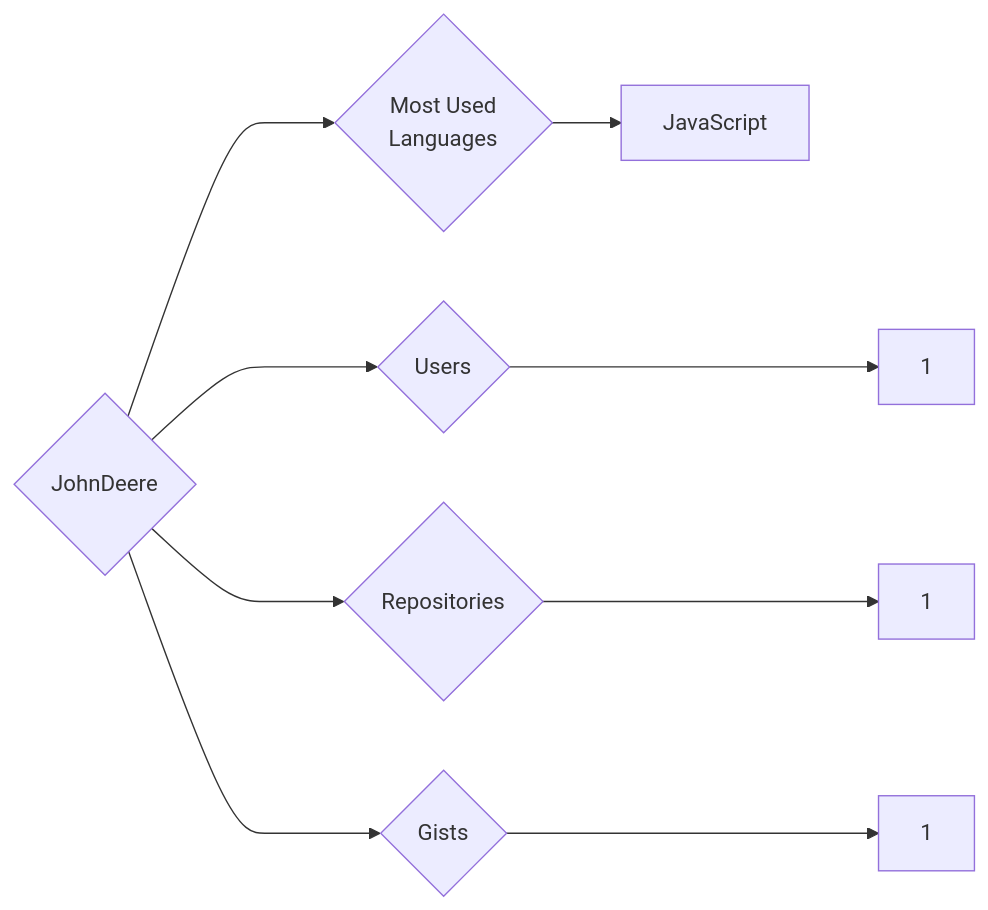
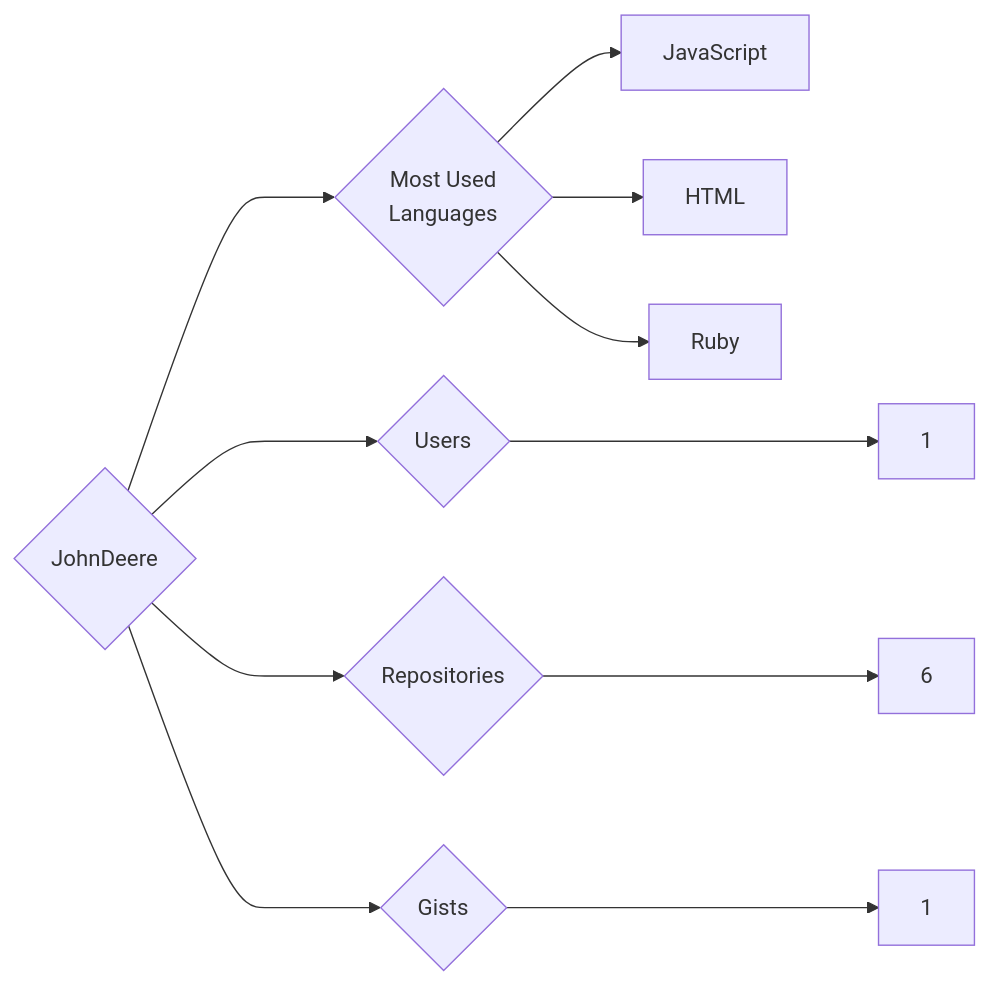
The diagram in targets/JohnDeere/README.md (trickest/insiders), drawn with Mermaid before and after one commit. The commit also changed 823 other files, not shown here.

````diff
--- a/targets/JohnDeere/README.md
+++ b/targets/JohnDeere/README.md
@@ -3,9 +3,11 @@
 ```mermaid
 graph LR
 COMPANY_NAME{JohnDeere}
 COMPANY_NAME ---> U{Users} ---> UN[1]
-COMPANY_NAME ---> R{Repositories} ---> RN[1]
+COMPANY_NAME ---> R{Repositories} ---> RN[6]
 COMPANY_NAME ---> G{Gists} ---> GN[1]
 COMPANY_NAME ---> ML{Most Used<br>Languages}
 ML --> JavaScript[JavaScript]
+ML --> HTML[HTML]
+ML --> Ruby[Ruby]
 ```
````
